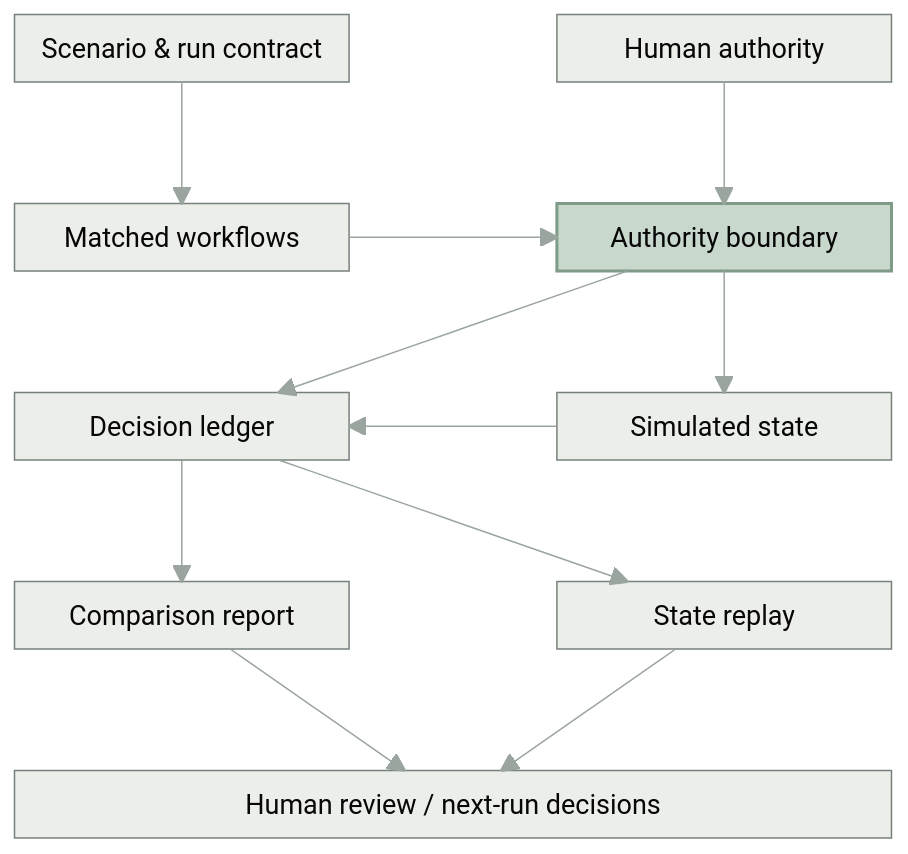
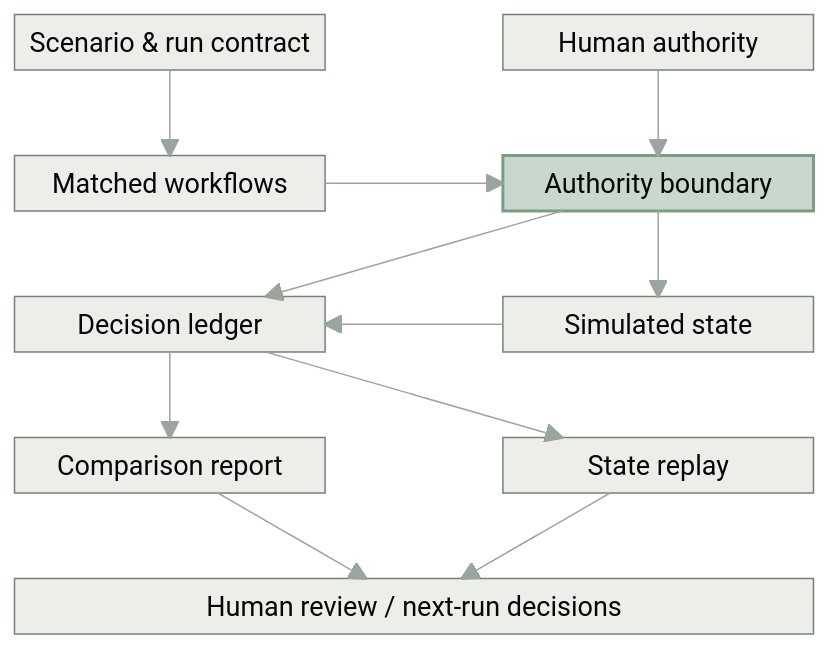
One commit to endrhq/.github changed the diagram in profile/README.md. Above: the diagram before and after it, drawn with Mermaid. The commit also changed 1 other file, not shown here.

Commit message:
Tighten schematic grid spacing

````diff
--- a/profile/README.md
+++ b/profile/README.md
@@ -19,28 +19,28 @@
 ```mermaid
-%%{init: {"theme":"base","themeVariables":{"fontFamily":"Arial, Helvetica, sans-serif","fontSize":"18px","primaryColor":"#eceeea","primaryTextColor":"#202824","primaryBorderColor":"#77817b","lineColor":"#9ba59f","edgeLabelBackground":"#0d1117"},"block":{"padding":18}}}%%
+%%{init: {"theme":"base","themeVariables":{"fontFamily":"Arial, Helvetica, sans-serif","fontSize":"18px","primaryColor":"#eceeea","primaryTextColor":"#202824","primaryBorderColor":"#77817b","lineColor":"#9ba59f","edgeLabelBackground":"#0d1117"},"block":{"padding":10}}}%%
 block-beta
     columns 5
     CONFIG["Scenario & run contract"]:2 space AUTHORITY["Human authority"]:2
     space:5
     RUNS["Matched workflows"]:2 space BOUNDARY["Authority boundary"]:2
     space:5
     LEDGER["Decision ledger"]:2 space STATE["Simulated state"]:2
     space:5
     REPORT["Comparison report"]:2 space REPLAY["State replay"]:2
     space:5
     REVIEW["Human review / next-run decisions"]:5
 
     CONFIG --> RUNS
     AUTHORITY --> BOUNDARY
     RUNS --> BOUNDARY
     BOUNDARY --> STATE
     BOUNDARY --> LEDGER
     STATE --> LEDGER
     LEDGER --> REPORT
     LEDGER --> REPLAY
     REPORT --> REVIEW
     REPLAY --> REVIEW
 
     classDef boundary fill:#c9d8cd,stroke:#7d9b87,stroke-width:2px,color:#18271e
     class BOUNDARY boundary
 ```
````
